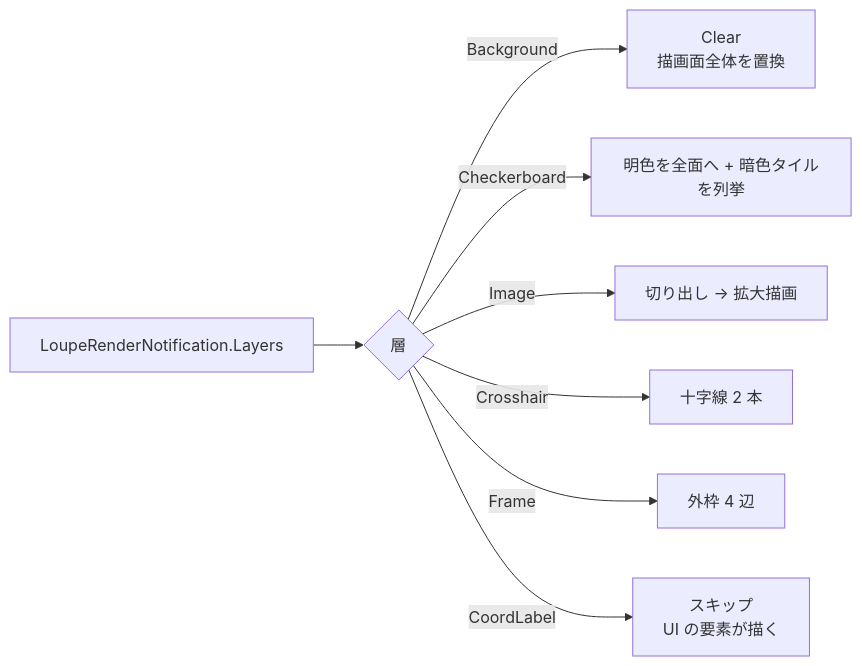
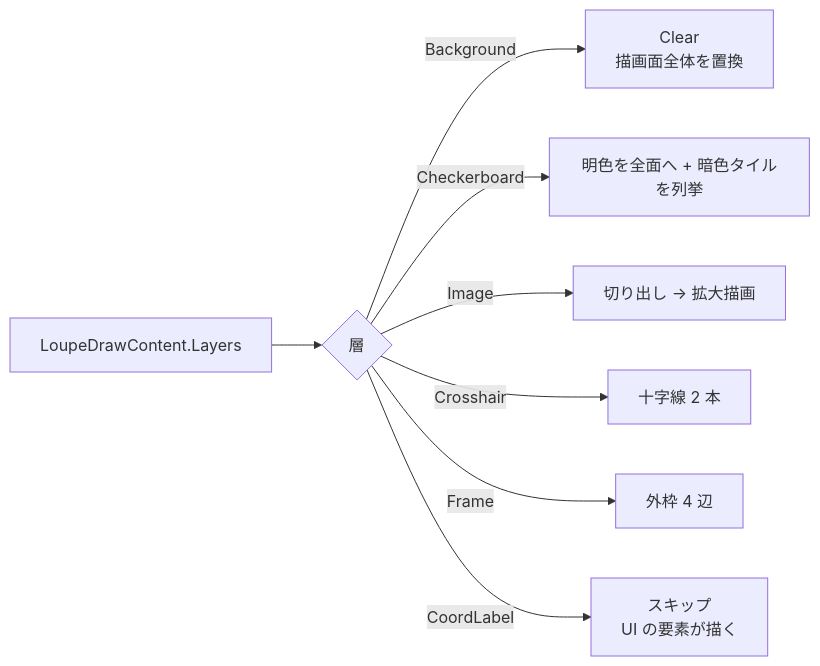
One commit to tomokuni/SaveEvidence changed the second of 3 diagrams in src/LoupeControl.UIBase/SPEC_System.md. Above: the diagram before and after it, drawn with Mermaid. The commit also changed other lines of this file and 72 other files, not shown here.

````diff
--- a/src/LoupeControl.UIBase/SPEC_System.md
+++ b/src/LoupeControl.UIBase/SPEC_System.md
@@ -74,10 +74,10 @@
 ```mermaid
 flowchart LR
-    A[LoupeRenderNotification.Layers] --> B{層}
+    A[LoupeDrawContent.Layers] --> B{層}
     B -->|Background| C[Clear<br/>描画面全体を置換]
     B -->|Checkerboard| D[明色を全面へ + 暗色タイルを列挙]
     B -->|Image| E[切り出し → 拡大描画]
     B -->|Crosshair| F[十字線 2 本]
     B -->|Frame| G[外枠 4 辺]
     B -->|CoordLabel| H[スキップ<br/>UI の要素が描く]
 ```
````
